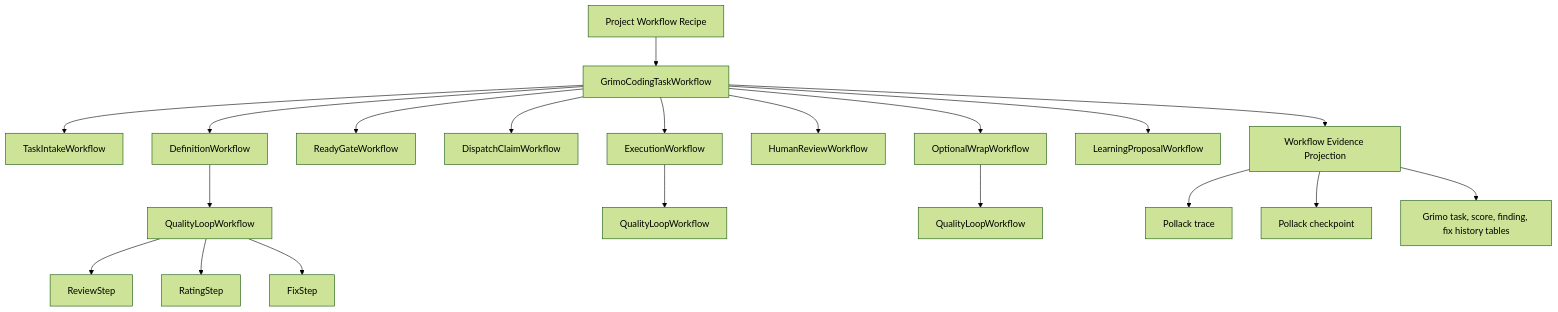
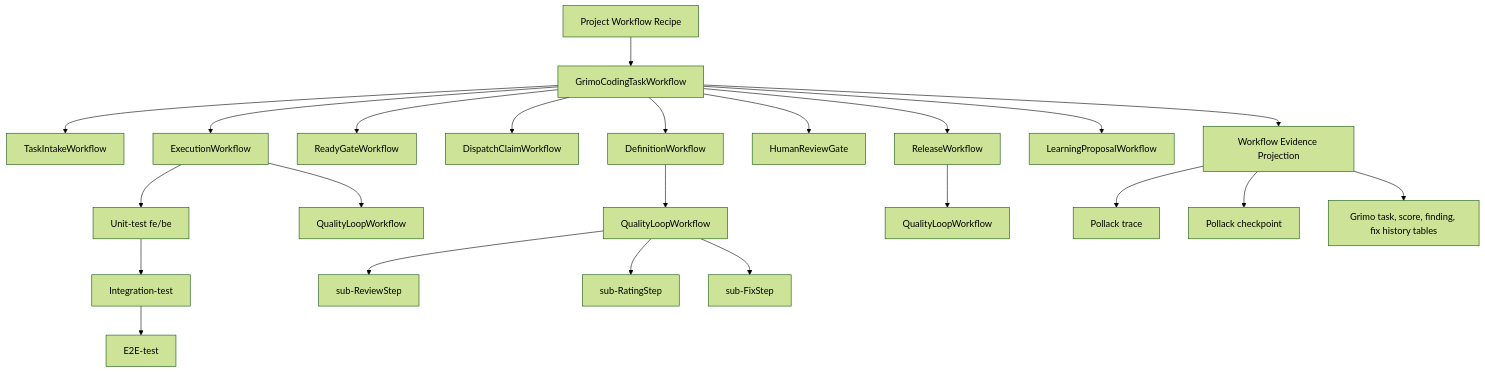
One commit to samzhu/grimoAPP changed the first of 10 diagrams in docs/grimo/references/grimo-agent-workflow-definition.md. Above: the diagram before and after it, drawn with Mermaid (forest theme). The commit also changed other lines of this file and 26 other files, not shown here.

````diff
--- a/docs/grimo/references/grimo-agent-workflow-definition.md
+++ b/docs/grimo/references/grimo-agent-workflow-definition.md
@@ -60,26 +61,29 @@
 ```mermaid
 flowchart TD
   Project["Project Workflow Recipe"] --> TaskWorkflow["GrimoCodingTaskWorkflow"]
 
   TaskWorkflow --> Intake["TaskIntakeWorkflow"]
   TaskWorkflow --> Definition["DefinitionWorkflow"]
   TaskWorkflow --> Ready["ReadyGateWorkflow"]
   TaskWorkflow --> Dispatch["DispatchClaimWorkflow"]
   TaskWorkflow --> Execution["ExecutionWorkflow"]
-  TaskWorkflow --> HumanReview["HumanReviewWorkflow"]
-  TaskWorkflow --> Wrap["OptionalWrapWorkflow"]
+  TaskWorkflow --> HumanReview["HumanReviewGate"]
+  TaskWorkflow --> Release["ReleaseWorkflow"]
   TaskWorkflow --> Learning["LearningProposalWorkflow"]
 
   Definition --> QualityLoopA["QualityLoopWorkflow"]
   Execution --> QualityLoopB["QualityLoopWorkflow"]
-  Wrap --> QualityLoopC["QualityLoopWorkflow"]
+  Execution --> Unit["Unit-test fe/be"]
+  Unit --> Integration["Integration-test"]
+  Integration --> E2E["E2E-test"]
+  Release --> QualityLoopC["QualityLoopWorkflow"]
 
-  QualityLoopA --> Review["ReviewStep"]
-  QualityLoopA --> Rating["RatingStep"]
-  QualityLoopA --> Fix["FixStep"]
+  QualityLoopA --> Review["sub-ReviewStep"]
+  QualityLoopA --> Rating["sub-RatingStep"]
+  QualityLoopA --> Fix["sub-FixStep"]
 
   TaskWorkflow --> Evidence["Workflow Evidence Projection"]
   Evidence --> Trace["Pollack trace"]
   Evidence --> Checkpoint["Pollack checkpoint"]
   Evidence --> GrimoTables["Grimo task, score, finding, fix history tables"]
 ```
````
